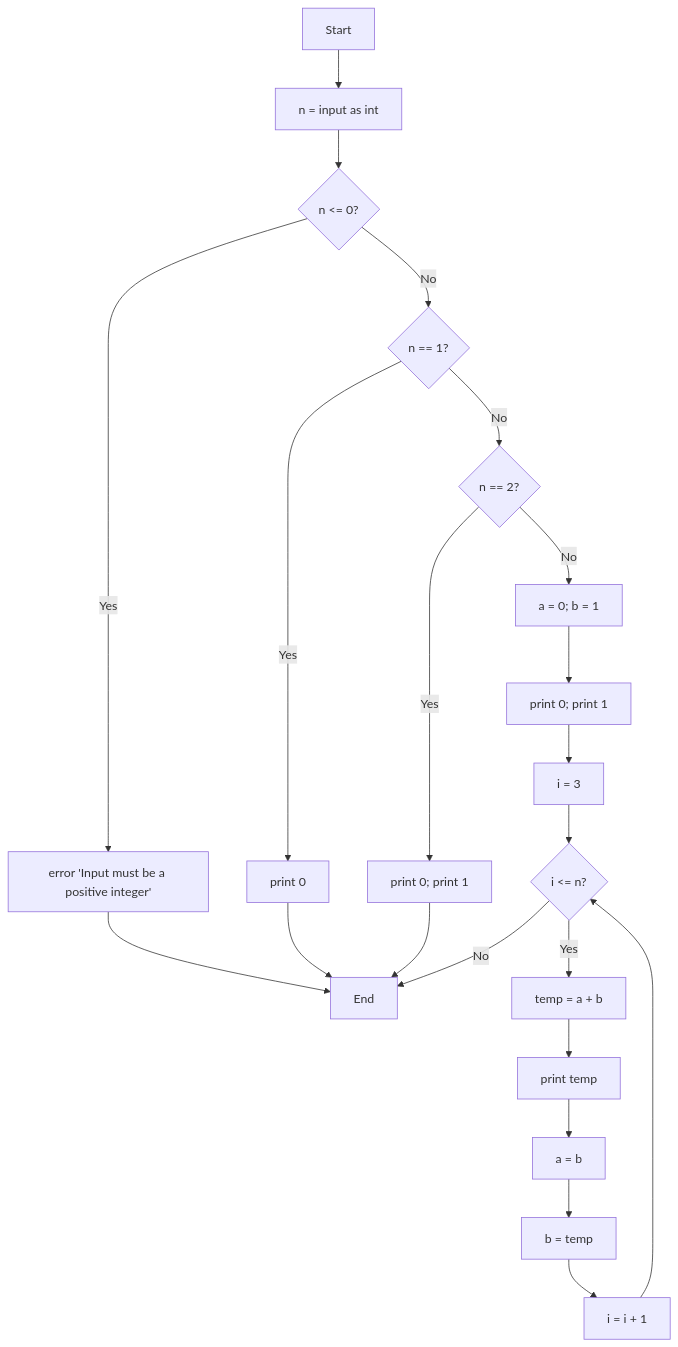
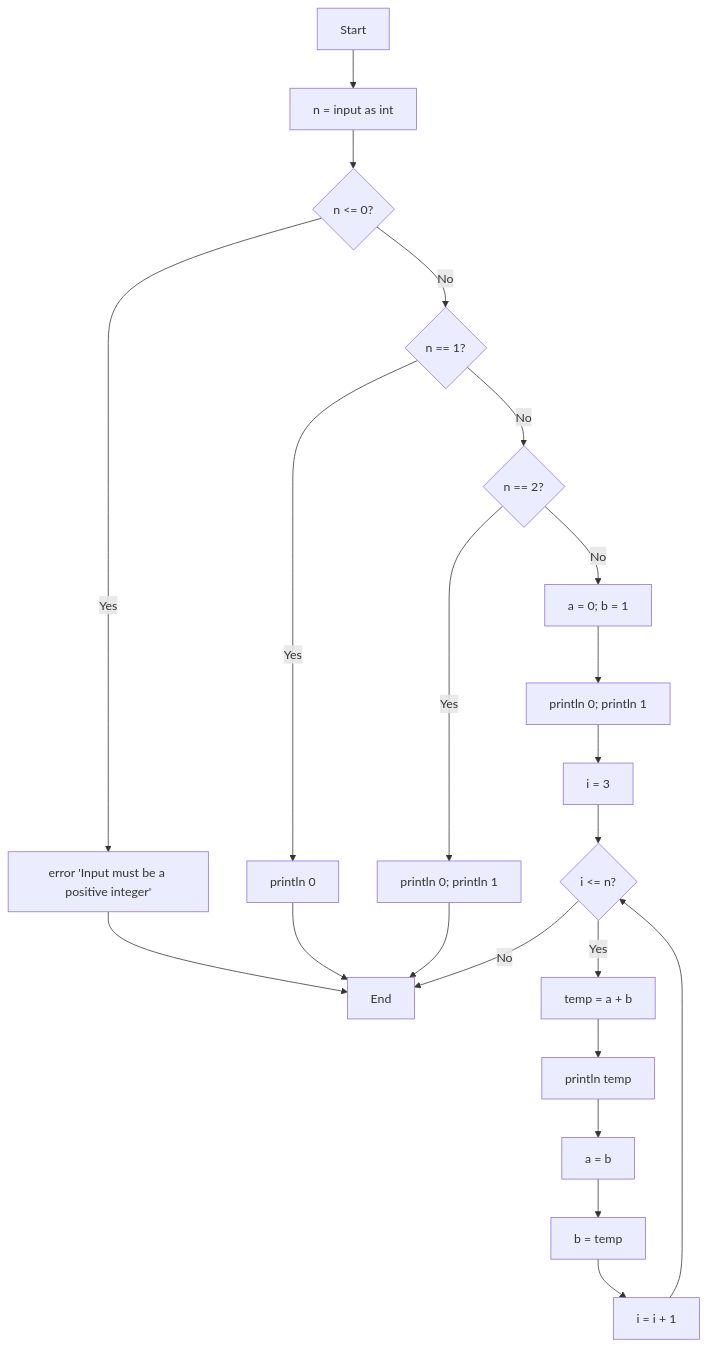
Before and after one commit to koki-develop/merx: the diagram in examples/fibonacci.mmd, drawn with Mermaid. The commit also changed 5 other files, not shown here.

First line of the commit message:
feat: Rename print statement keyword to println

```diff
--- a/examples/fibonacci.mmd
+++ b/examples/fibonacci.mmd
@@ -1,22 +1,22 @@
 flowchart TD
     Start --> B[n = input as int]
     B --> C{n <= 0?}
     C -->|Yes| D[error 'Input must be a positive integer']
     D --> End
     C -->|No| E{n == 1?}
-    E -->|Yes| F[print 0]
+    E -->|Yes| F[println 0]
     F --> End
     E -->|No| G{n == 2?}
-    G -->|Yes| H[print 0; print 1]
+    G -->|Yes| H[println 0; println 1]
     H --> End
     G -->|No| I[a = 0; b = 1]
-    I --> J[print 0; print 1]
+    I --> J[println 0; println 1]
     J --> K[i = 3]
     K --> L{i <= n?}
     L -->|No| End
     L -->|Yes| M[temp = a + b]
-    M --> N[print temp]
+    M --> N[println temp]
     N --> O[a = b]
     O --> P[b = temp]
     P --> Q[i = i + 1]
     Q --> L
```
